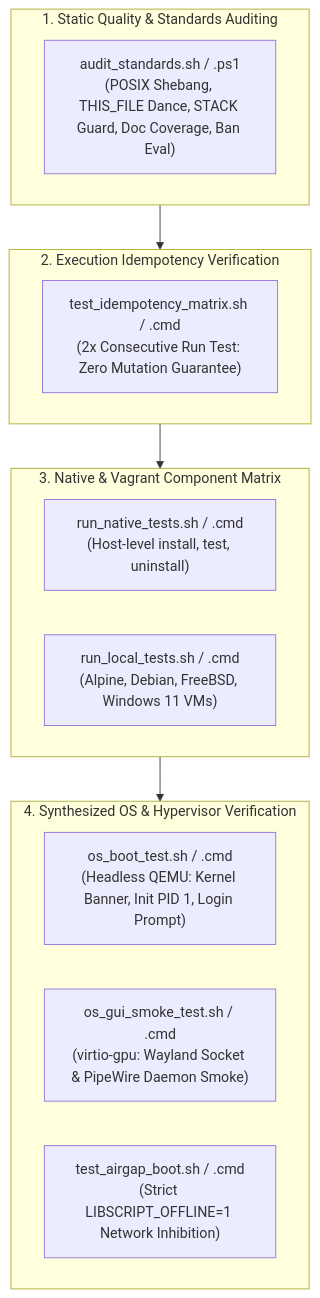
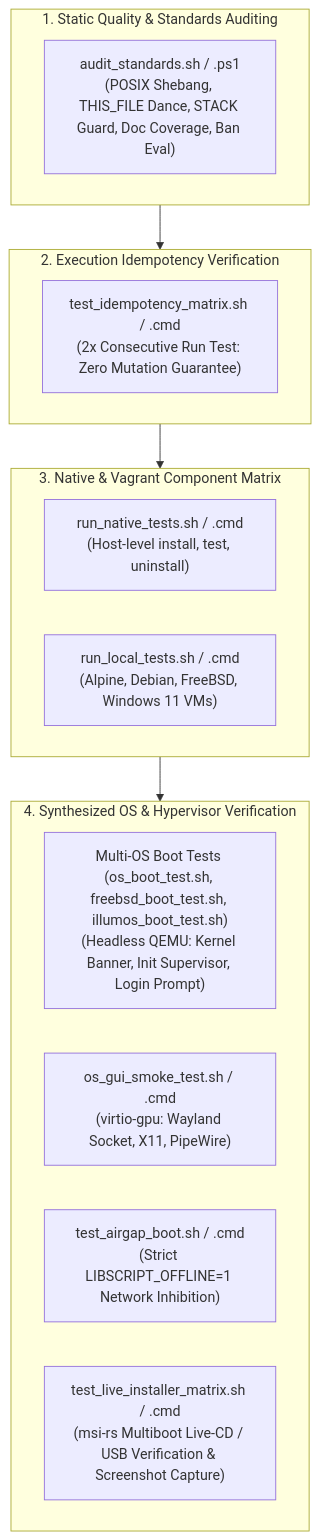
Before and after one commit to SamuelMarks/libscript: the diagram in TEST.md, drawn with Mermaid. The commit also changed other lines of this file and 17 other files, not shown here.

````diff
--- a/TEST.md
+++ b/TEST.md
@@ -14,25 +14,26 @@
 ```mermaid
 flowchart TD
     subgraph Layer1[1. Static Quality & Standards Auditing]
         Audit["audit_standards.sh / .ps1<br/>(POSIX Shebang, THIS_FILE Dance, STACK Guard, Doc Coverage, Ban Eval)"]
     end
 
     subgraph Layer2[2. Execution Idempotency Verification]
         Idempotency["test_idempotency_matrix.sh / .cmd<br/>(2x Consecutive Run Test: Zero Mutation Guarantee)"]
     end
 
     subgraph Layer3[3. Native & Vagrant Component Matrix]
         NativeTests["run_native_tests.sh / .cmd<br/>(Host-level install, test, uninstall)"]
         VagrantTests["run_local_tests.sh / .cmd<br/>(Alpine, Debian, FreeBSD, Windows 11 VMs)"]
     end
 
     subgraph Layer4[4. Synthesized OS & Hypervisor Verification]
-        BootTest["os_boot_test.sh / .cmd<br/>(Headless QEMU: Kernel Banner, Init PID 1, Login Prompt)"]
-        GUISmoke["os_gui_smoke_test.sh / .cmd<br/>(virtio-gpu: Wayland Socket & PipeWire Daemon Smoke)"]
+        BootTest["Multi-OS Boot Tests (os_boot_test.sh, freebsd_boot_test.sh, illumos_boot_test.sh)<br/>(Headless QEMU: Kernel Banner, Init Supervisor, Login Prompt)"]
+        GUISmoke["os_gui_smoke_test.sh / .cmd<br/>(virtio-gpu: Wayland Socket, X11, PipeWire)"]
         AirGap["test_airgap_boot.sh / .cmd<br/>(Strict LIBSCRIPT_OFFLINE=1 Network Inhibition)"]
+        LiveMatrix["test_live_installer_matrix.sh / .cmd<br/>(msi-rs Multiboot Live-CD / USB Verification & Screenshot Capture)"]
     end
 
     Layer1 --> Layer2
     Layer2 --> Layer3
     Layer3 --> Layer4
 ```
````
